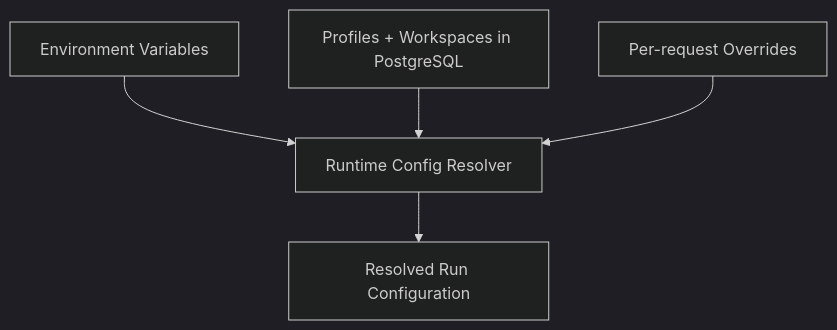
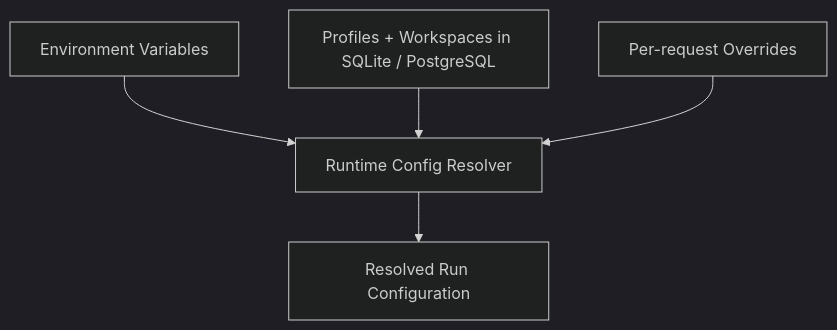
Before and after one commit to Wh1isper/ya-mono: the first of 2 diagrams in packages/ya-claw/spec/01-configuration-and-workspace-provider.md, drawn with Mermaid (dark theme). The commit also changed other lines of this file and 33 other files, not shown here.

````diff
--- a/packages/ya-claw/spec/01-configuration-and-workspace-provider.md
+++ b/packages/ya-claw/spec/01-configuration-and-workspace-provider.md
@@ -11,7 +11,7 @@
 ```mermaid
 flowchart TB
     ENV[Environment Variables] --> RES[Runtime Config Resolver]
-    DB[Profiles + Workspaces in PostgreSQL] --> RES
+    STORE[Profiles + Workspaces in SQLite / PostgreSQL] --> RES
     REQ[Per-request Overrides] --> RES
     RES --> RUNCFG[Resolved Run Configuration]
 ```
````
